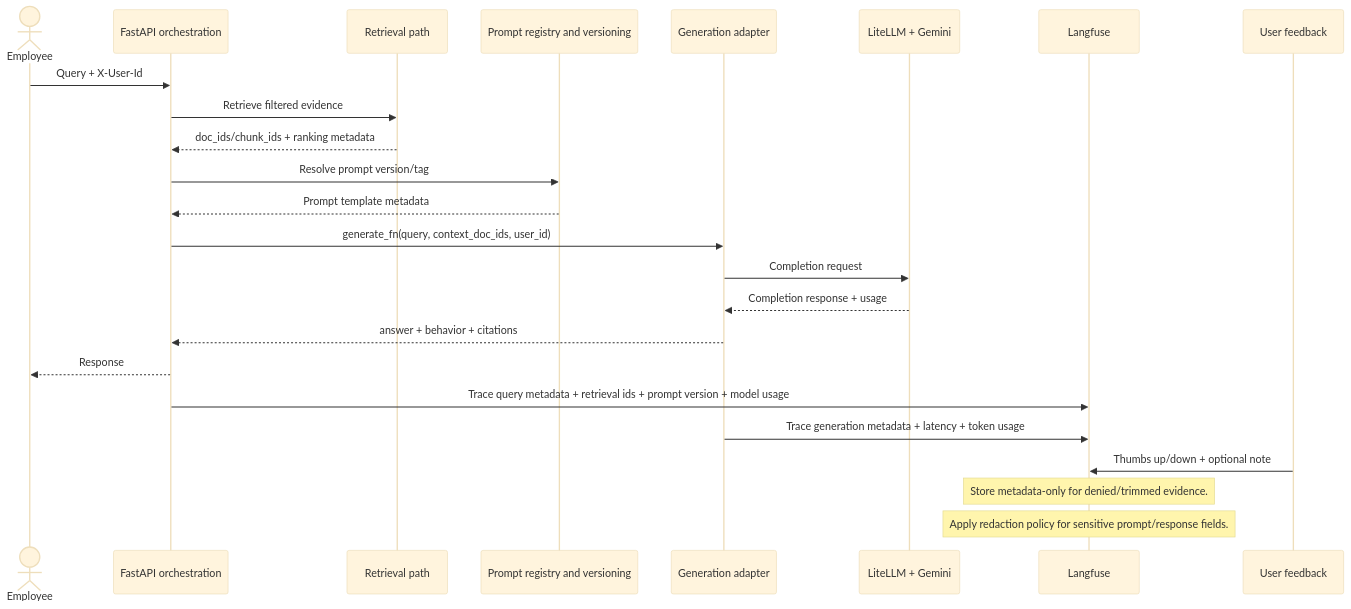
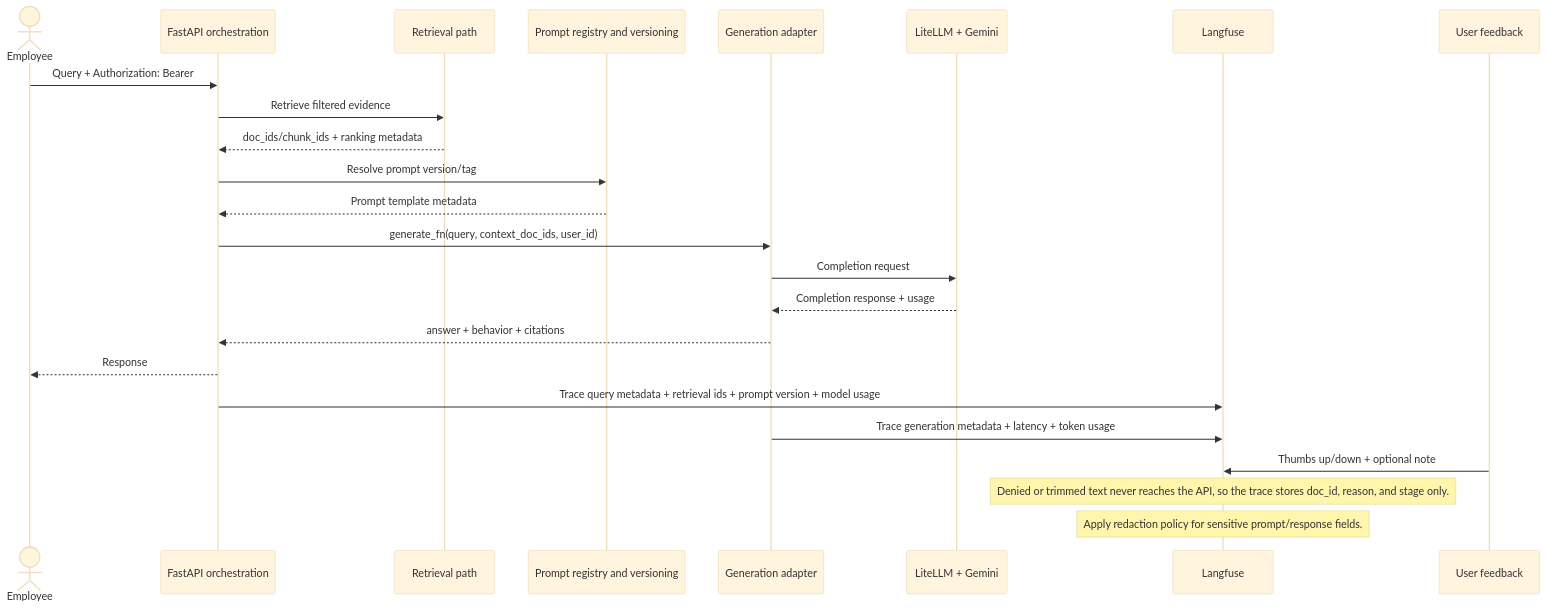
The diagram in docs/diagrams/09-ai-observability-and-prompt-governance-flow.md (hugolomar/rag-architecture-guide), drawn with Mermaid (base theme) before and after one commit. The commit also changed other lines of this file and 29 other files, not shown here.

````diff
--- a/docs/diagrams/09-ai-observability-and-prompt-governance-flow.md
+++ b/docs/diagrams/09-ai-observability-and-prompt-governance-flow.md
@@ -5,29 +5,29 @@
 ```mermaid
 sequenceDiagram
   actor U as Employee
   participant API as FastAPI orchestration
   participant RET as Retrieval path
   participant PROMPT as Prompt registry and versioning
   participant GEN as Generation adapter
   participant LLM as LiteLLM + Gemini
   participant LF as Langfuse
   participant FB as User feedback
 
-  U->>API: Query + X-User-Id
+  U->>API: Query + Authorization: Bearer
   API->>RET: Retrieve filtered evidence
   RET-->>API: doc_ids/chunk_ids + ranking metadata
   API->>PROMPT: Resolve prompt version/tag
   PROMPT-->>API: Prompt template metadata
   API->>GEN: generate_fn(query, context_doc_ids, user_id)
   GEN->>LLM: Completion request
   LLM-->>GEN: Completion response + usage
   GEN-->>API: answer + behavior + citations
   API-->>U: Response
 
   API->>LF: Trace query metadata + retrieval ids + prompt version + model usage
   GEN->>LF: Trace generation metadata + latency + token usage
   FB->>LF: Thumbs up/down + optional note
 
-  Note over LF: Store metadata-only for denied/trimmed evidence.
+  Note over LF: Denied or trimmed text never reaches the API, so the trace stores doc_id, reason, and stage only.
   Note over LF: Apply redaction policy for sensitive prompt/response fields.
 ```
````
